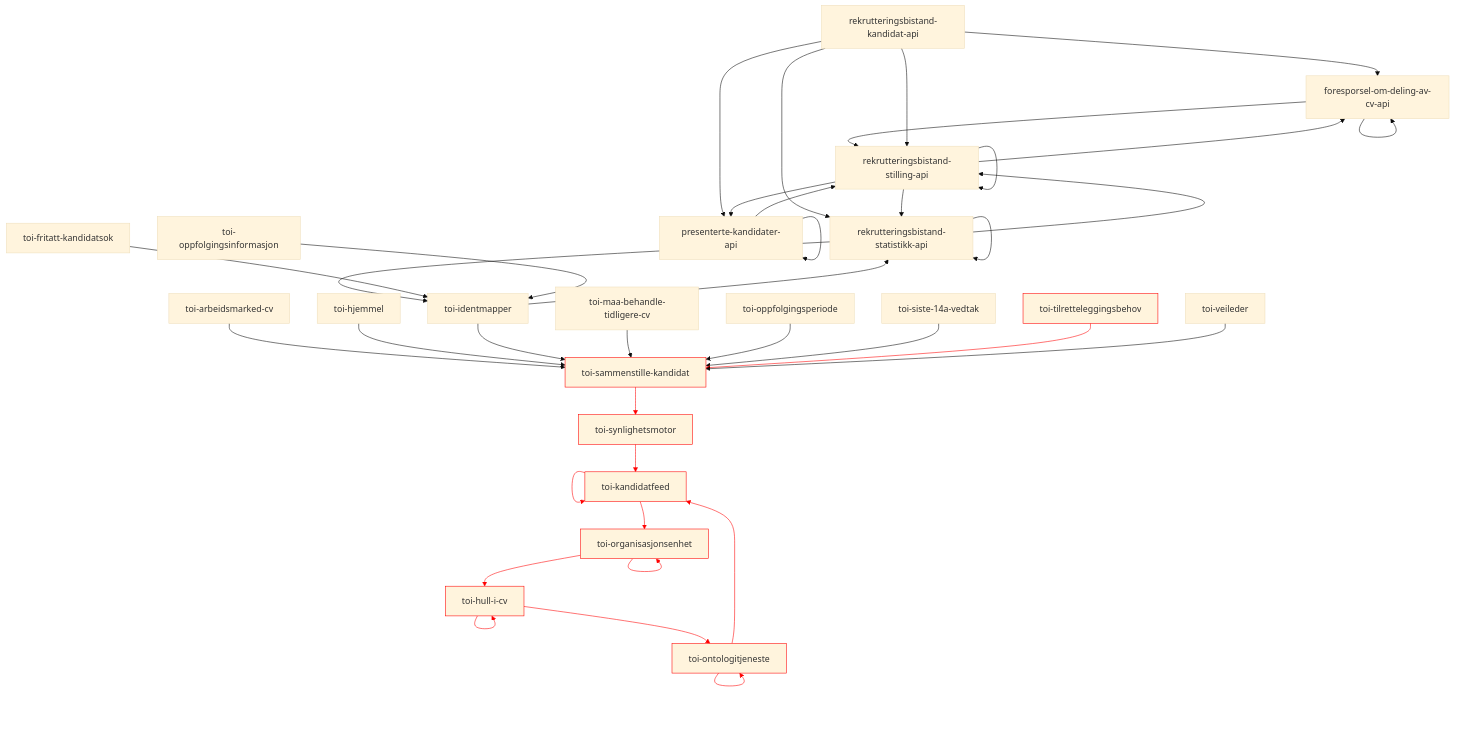
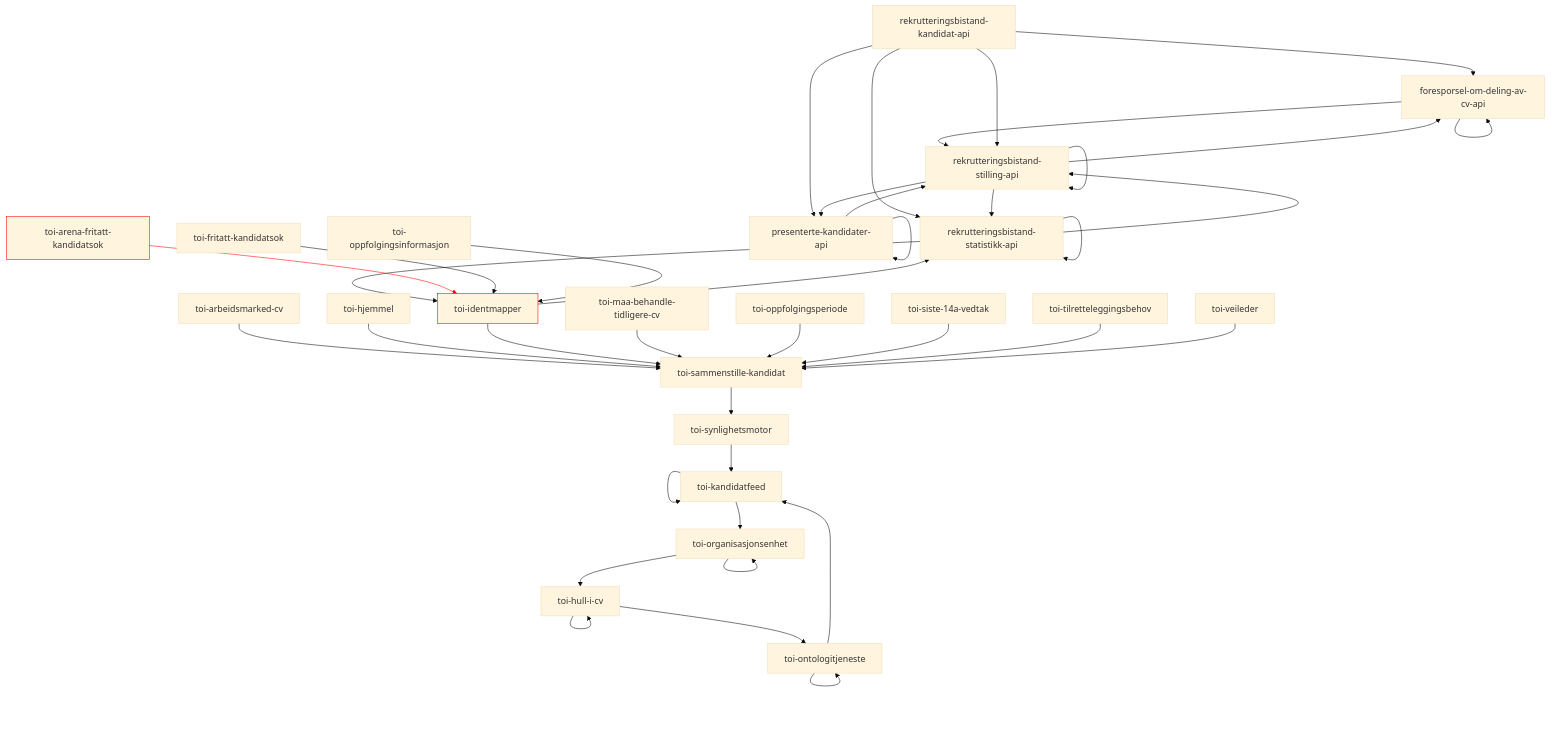
One commit to navikt/toi-rapids-and-rivers-grapher changed the sixth of 24 diagrams in README.md. Above: the diagram before and after it, drawn with Mermaid (base theme). The commit also changed other lines of this file, not shown here.

````diff
--- a/README.md
+++ b/README.md
@@ -228,42 +235,43 @@
 ```mermaid
 graph TD;
 foresporsel-om-deling-av-cv-api --> foresporsel-om-deling-av-cv-api;
 foresporsel-om-deling-av-cv-api --> rekrutteringsbistand-stilling-api;
 presenterte-kandidater-api --> presenterte-kandidater-api;
 presenterte-kandidater-api --> rekrutteringsbistand-stilling-api;
 rekrutteringsbistand-kandidat-api --> foresporsel-om-deling-av-cv-api;
 rekrutteringsbistand-kandidat-api --> presenterte-kandidater-api;
 rekrutteringsbistand-kandidat-api --> rekrutteringsbistand-statistikk-api;
 rekrutteringsbistand-kandidat-api --> rekrutteringsbistand-stilling-api;
 rekrutteringsbistand-statistikk-api --> rekrutteringsbistand-statistikk-api;
 rekrutteringsbistand-statistikk-api --> rekrutteringsbistand-stilling-api;
 rekrutteringsbistand-statistikk-api --> toi-identmapper;
 rekrutteringsbistand-stilling-api --> foresporsel-om-deling-av-cv-api;
 rekrutteringsbistand-stilling-api --> presenterte-kandidater-api;
 rekrutteringsbistand-stilling-api --> rekrutteringsbistand-statistikk-api;
 rekrutteringsbistand-stilling-api --> rekrutteringsbistand-stilling-api;
 toi-arbeidsmarked-cv --> toi-sammenstille-kandidat;
+toi-arena-fritatt-kandidatsok:::x --> toi-identmapper:::x;
 toi-fritatt-kandidatsok --> toi-identmapper;
 toi-hjemmel --> toi-sammenstille-kandidat;
-toi-hull-i-cv:::x --> toi-hull-i-cv:::x;
-toi-hull-i-cv:::x --> toi-ontologitjeneste:::x;
+toi-hull-i-cv --> toi-hull-i-cv;
+toi-hull-i-cv --> toi-ontologitjeneste;
 toi-identmapper --> rekrutteringsbistand-statistikk-api;
 toi-identmapper --> toi-sammenstille-kandidat;
-toi-kandidatfeed:::x --> toi-kandidatfeed:::x;
-toi-kandidatfeed:::x --> toi-organisasjonsenhet:::x;
+toi-kandidatfeed --> toi-kandidatfeed;
+toi-kandidatfeed --> toi-organisasjonsenhet;
 toi-maa-behandle-tidligere-cv --> toi-sammenstille-kandidat;
-toi-ontologitjeneste:::x --> toi-kandidatfeed:::x;
-toi-ontologitjeneste:::x --> toi-ontologitjeneste:::x;
+toi-ontologitjeneste --> toi-kandidatfeed;
+toi-ontologitjeneste --> toi-ontologitjeneste;
 toi-oppfolgingsinformasjon --> toi-identmapper;
 toi-oppfolgingsperiode --> toi-sammenstille-kandidat;
-toi-organisasjonsenhet:::x --> toi-hull-i-cv:::x;
-toi-organisasjonsenhet:::x --> toi-organisasjonsenhet:::x;
-toi-sammenstille-kandidat:::x --> toi-synlighetsmotor:::x;
+toi-organisasjonsenhet --> toi-hull-i-cv;
+toi-organisasjonsenhet --> toi-organisasjonsenhet;
+toi-sammenstille-kandidat --> toi-synlighetsmotor;
 toi-siste-14a-vedtak --> toi-sammenstille-kandidat;
-toi-synlighetsmotor:::x --> toi-kandidatfeed:::x;
-toi-tilretteleggingsbehov:::x --> toi-sammenstille-kandidat:::x;
+toi-synlighetsmotor --> toi-kandidatfeed;
+toi-tilretteleggingsbehov --> toi-sammenstille-kandidat;
 toi-veileder --> toi-sammenstille-kandidat;
 
-linkStyle 18,19,22,23,25,26,29,30,31,33,34 stroke:red;
+linkStyle 16 stroke:red;
 classDef x stroke: red;
 ```
````
